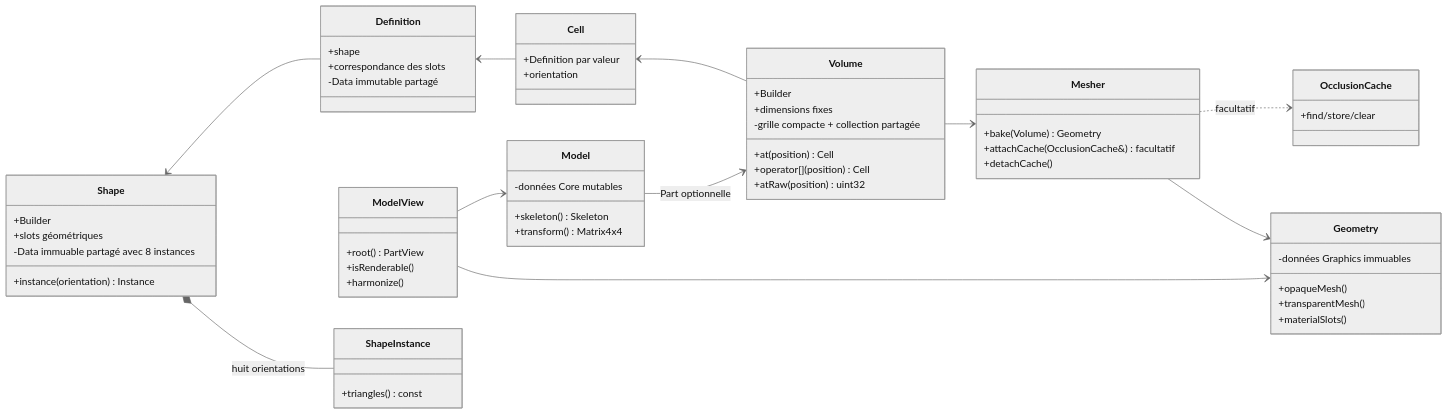
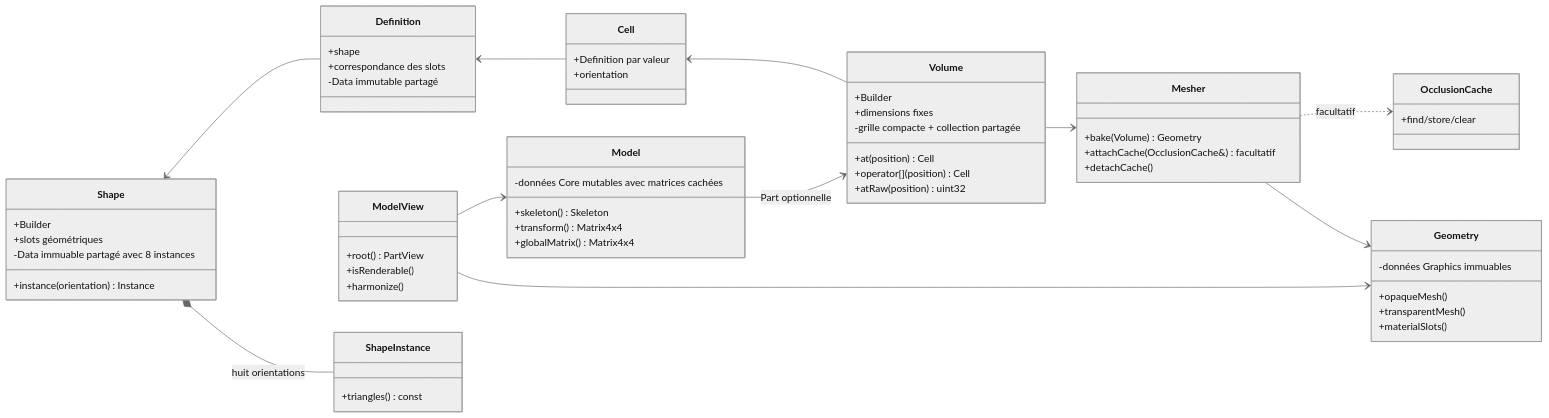
Before and after one commit to EreliaStudio/Sparkle: the diagram in docs/voxel-engine-v0.1.4/02-modele-voxel.md, drawn with Mermaid (neutral theme).

Commit message:
Document lazily cached Core assembly matrices and Entity transform boundary

````diff
--- a/docs/voxel-engine-v0.1.4/02-modele-voxel.md
+++ b/docs/voxel-engine-v0.1.4/02-modele-voxel.md
@@ -7,64 +7,65 @@
 ```mermaid
 classDiagram
   direction LR
   class Shape {
     +Builder
     +slots géométriques
     +instance(orientation) Instance
     -Data immuable partagé avec 8 instances
   }
   class Definition {
     +shape
     +correspondance des slots
     -Data immutable partagé
   }
   class Cell {
     +Definition par valeur
     +orientation
   }
   class Volume {
     +Builder
     +dimensions fixes
     +at(position) Cell
     +operator[](position) Cell
     +atRaw(position) uint32
     -grille compacte + collection partagée
   }
   class Model {
     +skeleton() Skeleton
     +transform() Matrix4x4
-    -données Core mutables
+    +globalMatrix() Matrix4x4
+    -données Core mutables avec matrices cachées
   }
   class Geometry {
     +opaqueMesh()
     +transparentMesh()
     +materialSlots()
     -données Graphics immuables
   }
   class ModelView {
     +root() PartView
     +isRenderable()
     +harmonize()
   }
   class ShapeInstance {
     +triangles() const
   }
   class OcclusionCache {
     +find/store/clear
   }
   class Mesher {
     +bake(Volume) Geometry
     +attachCache(OcclusionCache&) facultatif
     +detachCache()
   }
   Shape <-- Definition
   Definition <-- Cell
   Cell <-- Volume
   Shape *-- ShapeInstance : huit orientations
   Mesher ..> OcclusionCache : facultatif
   Volume --> Mesher
   Mesher --> Geometry
   Model --> Volume : Part optionnelle
   ModelView --> Model
   ModelView --> Geometry
 ```
````
